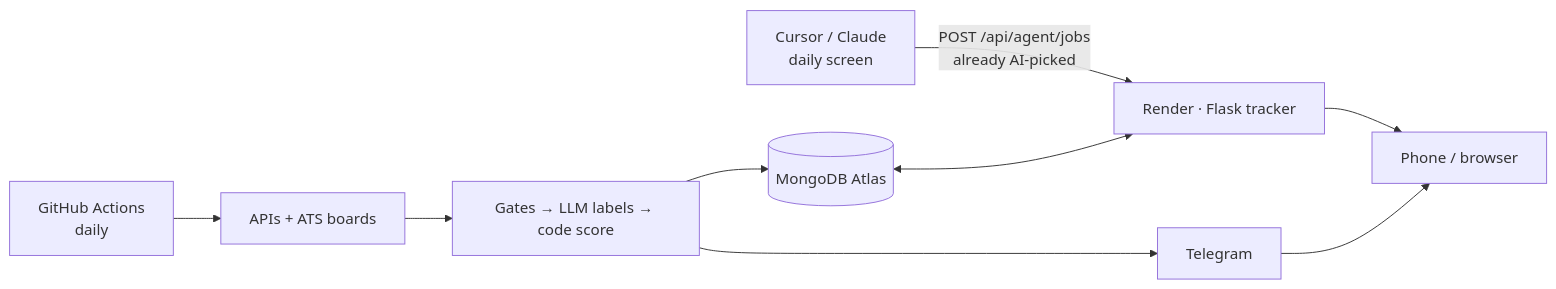
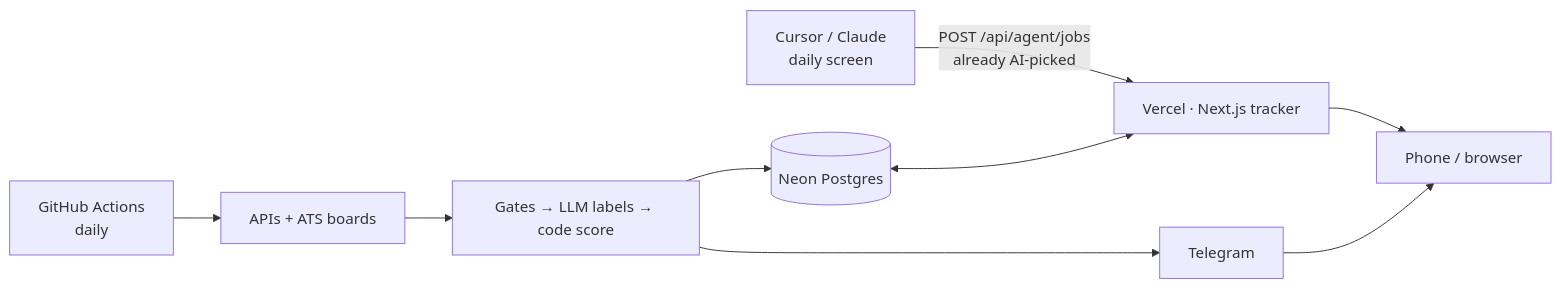
Before and after one commit to JialiNong/job_tracker: the diagram in README.md, drawn with Mermaid. The commit also changed other lines of this file and 4 other files, not shown here.

First line of the commit message:
docs: README, setup and env examples for the Next.js + Postgres stack

````diff
--- a/README.md
+++ b/README.md
@@ -70,11 +70,11 @@
 ```mermaid
 flowchart LR
   GHA["GitHub Actions<br/>daily"] --> Sources["APIs + ATS boards"]
   Sources --> Matcher["Gates → LLM labels → code score"]
-  Matcher --> Mongo[(MongoDB Atlas)]
+  Matcher --> PG[(Neon Postgres)]
   Matcher --> TG["Telegram"]
-  Agents["Cursor / Claude<br/>daily screen"] -->|"POST /api/agent/jobs<br/>already AI-picked"| Render["Render · Flask tracker"]
-  Mongo <--> Render
-  Render --> User["Phone / browser"]
+  Agents["Cursor / Claude<br/>daily screen"] -->|"POST /api/agent/jobs<br/>already AI-picked"| Web["Vercel · Next.js tracker"]
+  PG <--> Web
+  Web --> User["Phone / browser"]
   TG --> User
 ```
````
